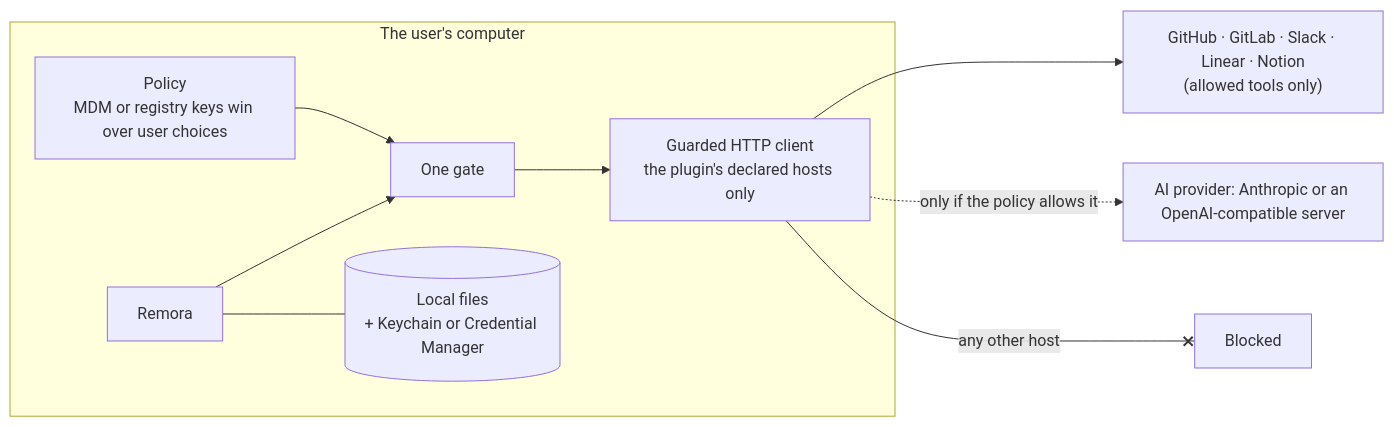
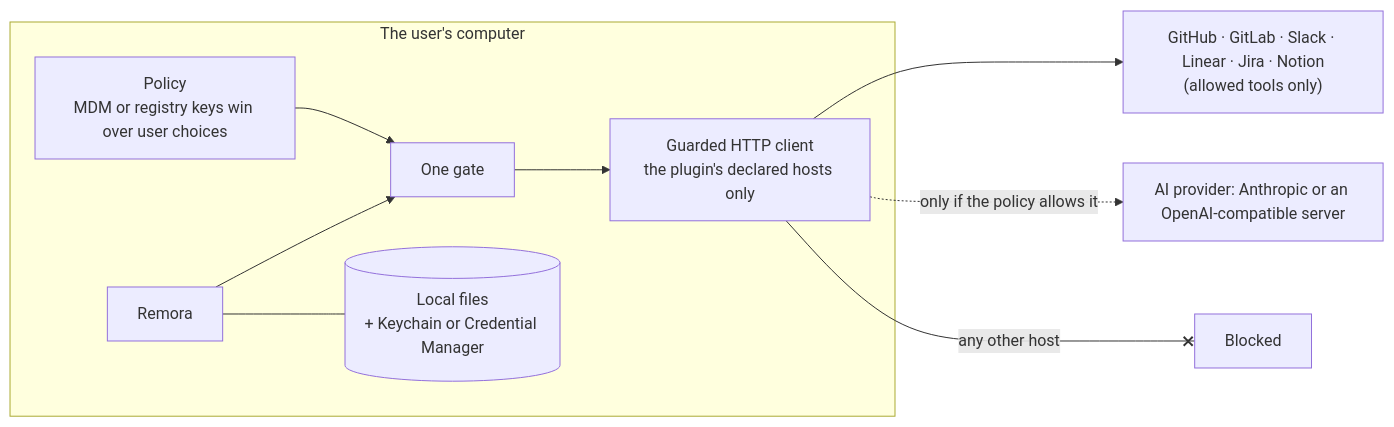
The diagram in docs/admin/index.md (iGitScor/triage), drawn with Mermaid before and after one commit. The commit also changed other lines of this file and 45 other files, not shown here.

````diff
--- a/docs/admin/index.md
+++ b/docs/admin/index.md
@@ -27,13 +27,13 @@
 ```mermaid
 flowchart LR
   subgraph Computer["The user's computer"]
     UI["Remora"] --> Gate["One gate"]
     Policy["Policy<br/>MDM or registry keys win over user choices"] --> Gate
     Gate --> Client["Guarded HTTP client<br/>the plugin's declared hosts only"]
     Store[("Local files<br/>+ Keychain or Credential Manager")]
     UI --- Store
   end
-  Client --> Tools["GitHub · GitLab · Slack · Linear · Notion<br/>(allowed tools only)"]
+  Client --> Tools["GitHub · GitLab · Slack · Linear · Jira · Notion<br/>(allowed tools only)"]
   Client -. "only if the policy allows it" .-> Claude["AI provider: Anthropic or an OpenAI-compatible server"]
   Client -- "any other host" --x Blocked["Blocked"]
 ```
````
